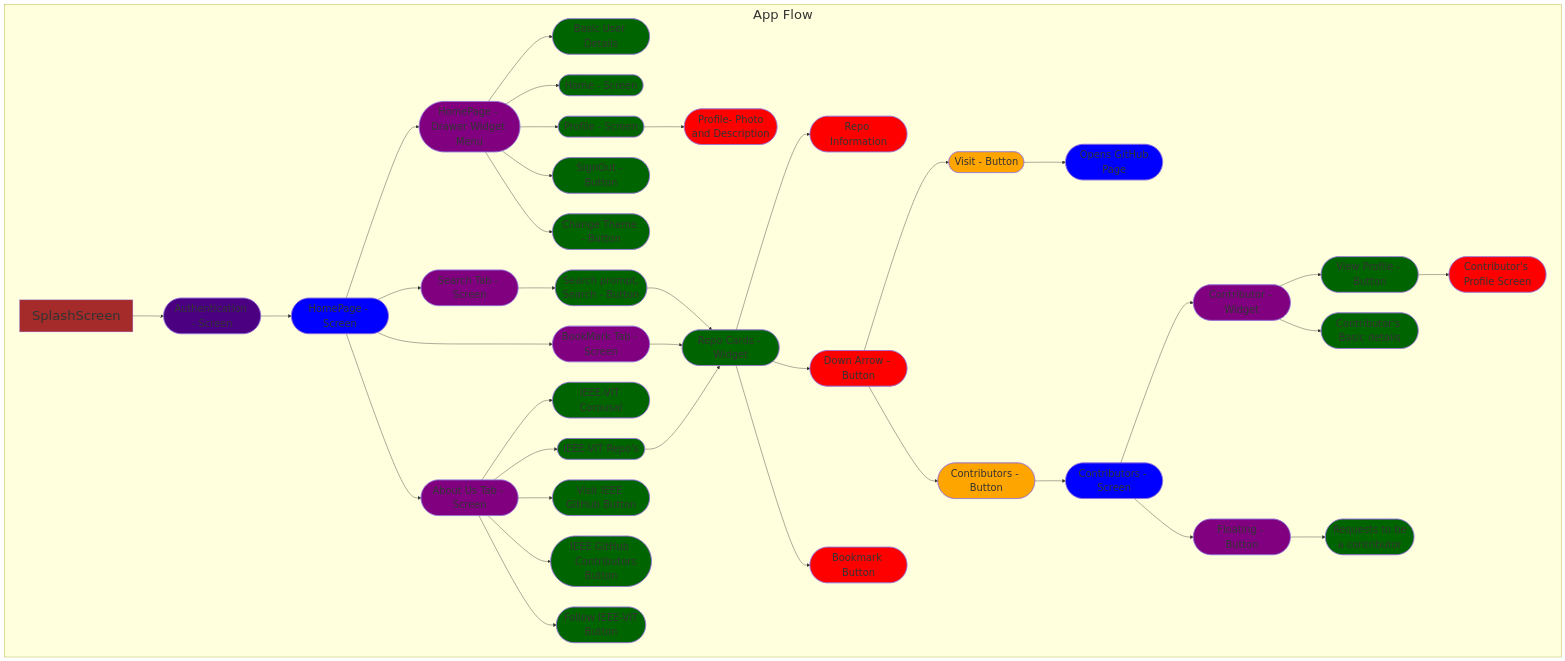
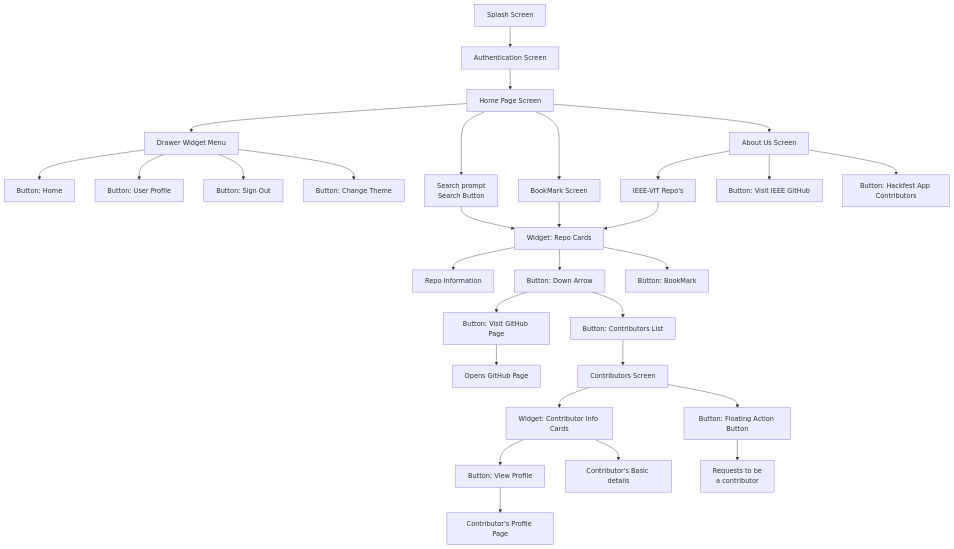
One commit to IEEE-VIT/hackfest-flutter changed the diagram in README.md. Above: the diagram before and after it, drawn with Mermaid.

Commit message:
Flowchart Updated

````diff
--- a/README.md
+++ b/README.md
@@ -43,81 +43,37 @@
 ```mermaid
 
-graph TD;
-  subgraph MainApp[<font size=6>App Flow]
-    SplashScreen[<font size=6>SplashScreen]
-    style SplashScreen fill:brown
-    SplashScreen --> Authentication([<font size=5>Authentication - Screen])
-    style Authentication fill:indigo
-    Authentication --> HomePage([<font size=5>HomePage - Screen])
-    HomePage --> MenuButton([<font size=5>HomePage - Drawer Widget Menu])
-    style HomePage fill:blue
-    MenuButton --> User([<font size=5>Basic User Details])
-    style User fill:darkgreen
-    MenuButton --> Home([<font size=5>Home - Screen])
-    style Home fill:darkgreen
-    MenuButton --> Profile([<font size=5>Profile - Screen])
-    style Profile fill:darkgreen
-    Profile --> ProfileDetails([<font size=5>Profile- Photo
-    and Description])
-    style ProfileDetails fill:red
-    MenuButton --> SignOut([<font size=5>SignOut - Button])
-    style SignOut fill:darkgreen
-    MenuButton --> ChangeTheme([<font size=5>Change Theme - Button])
-    style ChangeTheme fill:darkgreen
-    style MenuButton fill:purple
-    HomePage --> SearchTab([<font size=5>Search Tab - Screen])
-    style SearchTab fill:purple
-    SearchTab --> SearchButton([<font size=5>Search prompt, 
-    Search - Button])
-    style SearchButton fill:darkgreen;
-    SearchButton --> RepoCards([<font size=5>Repo Cards - Widget])
-    style RepoCards fill:darkgreen;
-    RepoCards --> RepoInfo([<font size=5>Repo Information])
-    style RepoInfo fill:red;
-    RepoCards --> DownArrow([<font size=5>Down Arrow - Button])
-    style DownArrow fill:red;
-    RepoCards --> BookMark([<font size=5>Bookmark Button])
-    style BookMark fill:red;
-    DownArrow --> Visit([<font size=5> Visit - Button])
-    style Visit fill:orange;
-    Visit --> WebVisit([<font size=5> Opens GitHub Page])
-    style WebVisit fill:blue;
-    DownArrow --> Contributors([<font size=5>Contributors - Button])
-    style Contributors fill:orange;
-    Contributors --> ContributorsScreen([<font size=5>Contributors - Screen])
-    style ContributorsScreen fill:blue;
-    ContributorsScreen --> ContributorWidget([<font size=5>Contributor - Widget])
-    style ContributorWidget fill:purple;
-    ContributorWidget --> ViewProfile([<font size=5>View Profile - Button])
-    style ViewProfile fill:darkgreen;
-    ViewProfile --> ProfilScreen([<font size=5>Contributor's Profile Screen])
-    style ProfilScreen fill:red;
-    ContributorWidget --> ContributorInfo([<font size=5>Contributor's Basic details])
-    style ContributorInfo fill:darkgreen;
-    ContributorsScreen --> Floating([<font size=5>Floating - Button])
-    style Floating fill:purple;
-    Floating --> ContributorRequest([<font size=5>Requests to be 
-    a contributor])
-    style ContributorRequest fill:darkgreen;
-    HomePage --> BookMarkTab([<font size=5>BookMark Tab - Screen])
-    style BookMarkTab fill:purple
-    BookMarkTab --> RepoCards
-    HomePage --> AboutUsTab([<font size=5>About Us Tab - Screen])
-    style AboutUsTab fill:purple
-    AboutUsTab --> Corousal([<font size=5>IEEE-VIT Corousal])
-    style Corousal fill:darkgreen
-    AboutUsTab --> IEEE-VIT-Repos([<font size=5>IEEE-VIT Repo's])
-    style IEEE-VIT-Repos fill:darkgreen
-    IEEE-VIT-Repos --> RepoCards
-    AboutUsTab --> Visit-IEEE-VIT([<font size=5>Visit IEEE GitHub Button])
-    style Visit-IEEE-VIT fill:darkgreen
-    AboutUsTab --> Contributors-IEEE-VIT([<font size=5>IEEE GitHub 
-    Contributors Button])
-    style Contributors-IEEE-VIT fill:darkgreen
-    AboutUsTab --> Follow([<font size=5> Follow IEEE-VIT
-    Button])
-    style Follow fill:darkgreen
-
-  end
+flowchart TD;
+SplashScreen[Splash Screen]
+SplashScreen --> Authentication[Authentication Screen]
+Authentication --> HomePage[Home Page Screen]
+HomePage --> MenuButton[ Drawer Widget Menu]
+MenuButton --> Home[Button: Home]
+MenuButton --> Profile[Button: User Profile]
+MenuButton --> SignOut[Button: Sign Out]
+MenuButton --> ChangeTheme[Button: Change Theme]
+HomePage --> SearchButton[Search prompt
+Search Button]
+SearchButton --> RepoCards[Widget: Repo Cards]
+RepoCards --> RepoInfo[Repo Information]
+RepoCards --> DownArrow[Button: Down Arrow]
+RepoCards --> BookMark[Button: BookMark]
+DownArrow --> Visit[ Button: Visit GitHub Page]
+Visit --> WebVisit[ Opens GitHub Page]
+DownArrow --> Contributors[Button: Contributors List]
+Contributors --> ContributorsScreen[Contributors Screen]
+ContributorsScreen --> ContributorWidget[Widget: Contributor Info Cards]
+ContributorWidget --> ViewProfile[Button: View Profile]
+ViewProfile --> ProfilScreen[Contributor's Profile Page]
+ContributorWidget --> ContributorInfo[Contributor's Basic details]
+ContributorsScreen --> Floating[Button: Floating Action Button]
+Floating --> ContributorRequest[Requests to be
+a contributor]
+HomePage --> BookMarkTab[BookMark Screen]
+BookMarkTab --> RepoCards
+HomePage --> AboutUsTab[About Us Screen]
+AboutUsTab --> IEEE-VIT-Repos[IEEE-VIT Repo's]
+IEEE-VIT-Repos --> RepoCards
+AboutUsTab --> Visit-IEEE-VIT[Button: Visit IEEE GitHub]
+AboutUsTab --> Contributors-IEEE-VIT[Button: Hackfest App Contributors ]
 
 ```
````
